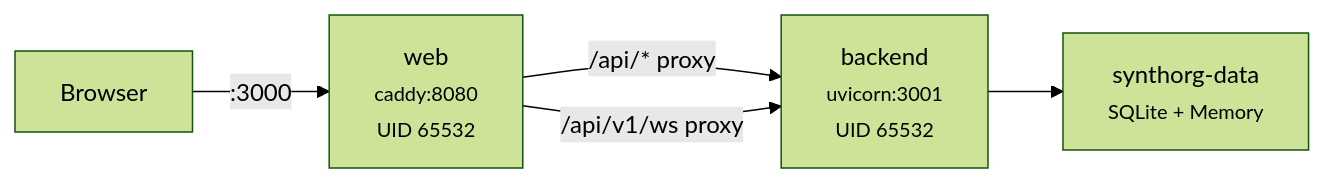
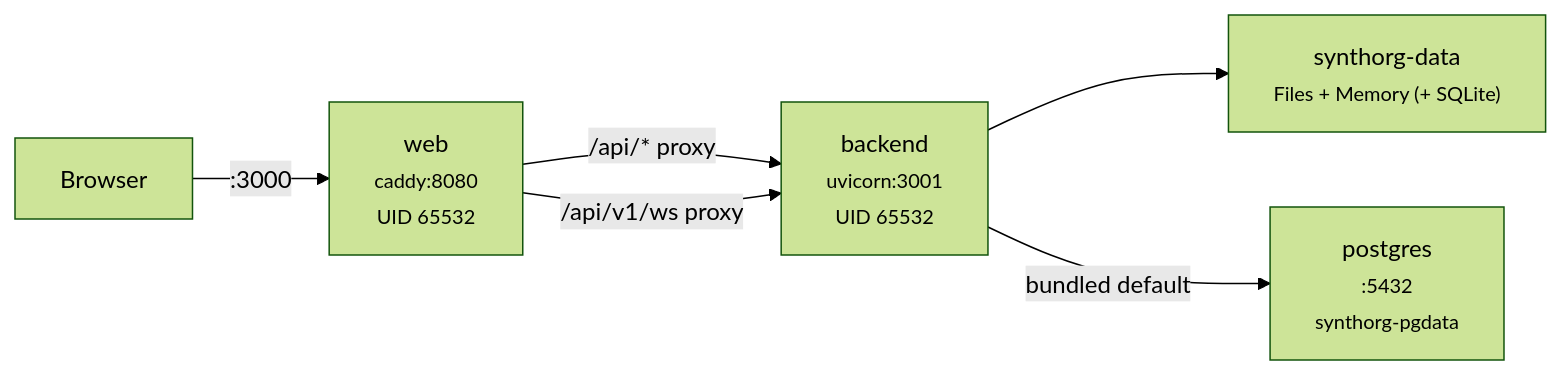
The diagram in docs/guides/deployment.md (Aureliolo/synthorg), drawn with Mermaid (forest theme) before and after one commit. The commit also changed other lines of this file and 158 other files, not shown here.

````diff
--- a/docs/guides/deployment.md
+++ b/docs/guides/deployment.md
@@ -14,12 +14,14 @@
 ```mermaid
 graph LR
     User["Browser"]
     Web["web<br/><small>caddy:8080</small><br/><small>UID 65532</small>"]
     Backend["backend<br/><small>uvicorn:3001</small><br/><small>UID 65532</small>"]
-    Volume["synthorg-data<br/><small>SQLite + Memory</small>"]
+    Volume["synthorg-data<br/><small>Files + Memory (+ SQLite)</small>"]
+    Postgres["postgres<br/><small>:5432</small><br/><small>synthorg-pgdata</small>"]
 
     User -->|":3000"| Web
     Web -->|"/api/* proxy"| Backend
     Web -->|"/api/v1/ws proxy"| Backend
     Backend --> Volume
+    Backend -->|"bundled default"| Postgres
 ```
````
